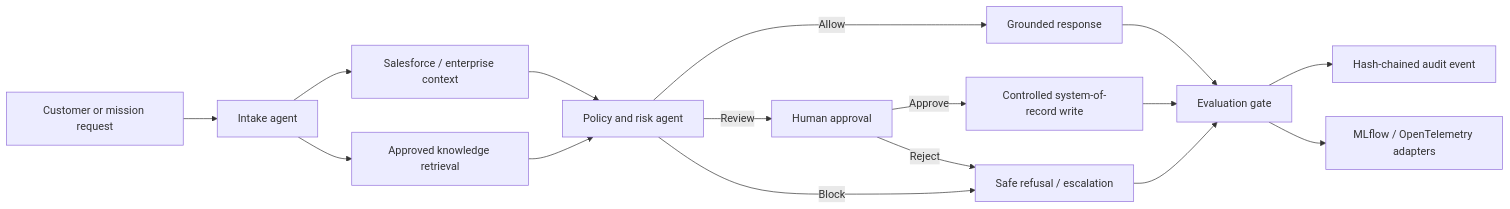
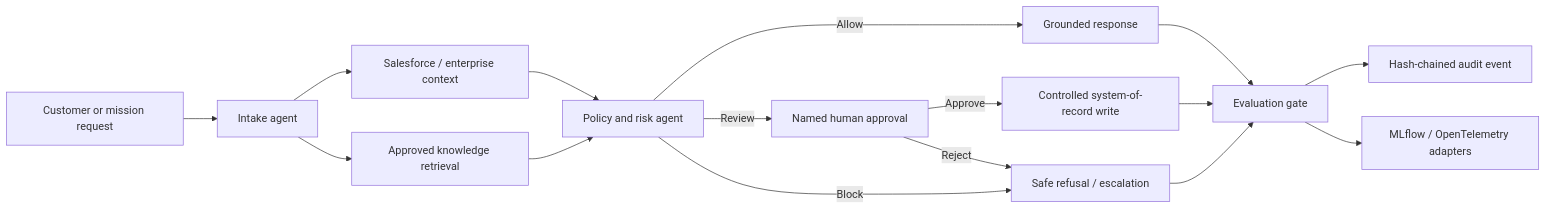
Before and after one commit to silasj1022/forward-deployed-ai-lab: the diagram in README.md, drawn with Mermaid. The commit also changed other lines of this file and 7 other files, not shown here.

````diff
--- a/README.md
+++ b/README.md
@@ -62,18 +51,18 @@
 ```mermaid
 flowchart LR
     U[Customer or mission request] --> I[Intake agent]
     I --> S[Salesforce / enterprise context]
     I --> R[Approved knowledge retrieval]
     S --> P[Policy and risk agent]
     R --> P
     P -->|Allow| G[Grounded response]
-    P -->|Review| H[Human approval]
+    P -->|Review| H[Named human approval]
     P -->|Block| B[Safe refusal / escalation]
     H -->|Approve| W[Controlled system-of-record write]
     H -->|Reject| B
     G --> E[Evaluation gate]
     W --> E
     B --> E
     E --> A[Hash-chained audit event]
     E --> O[MLflow / OpenTelemetry adapters]
 ```
````
